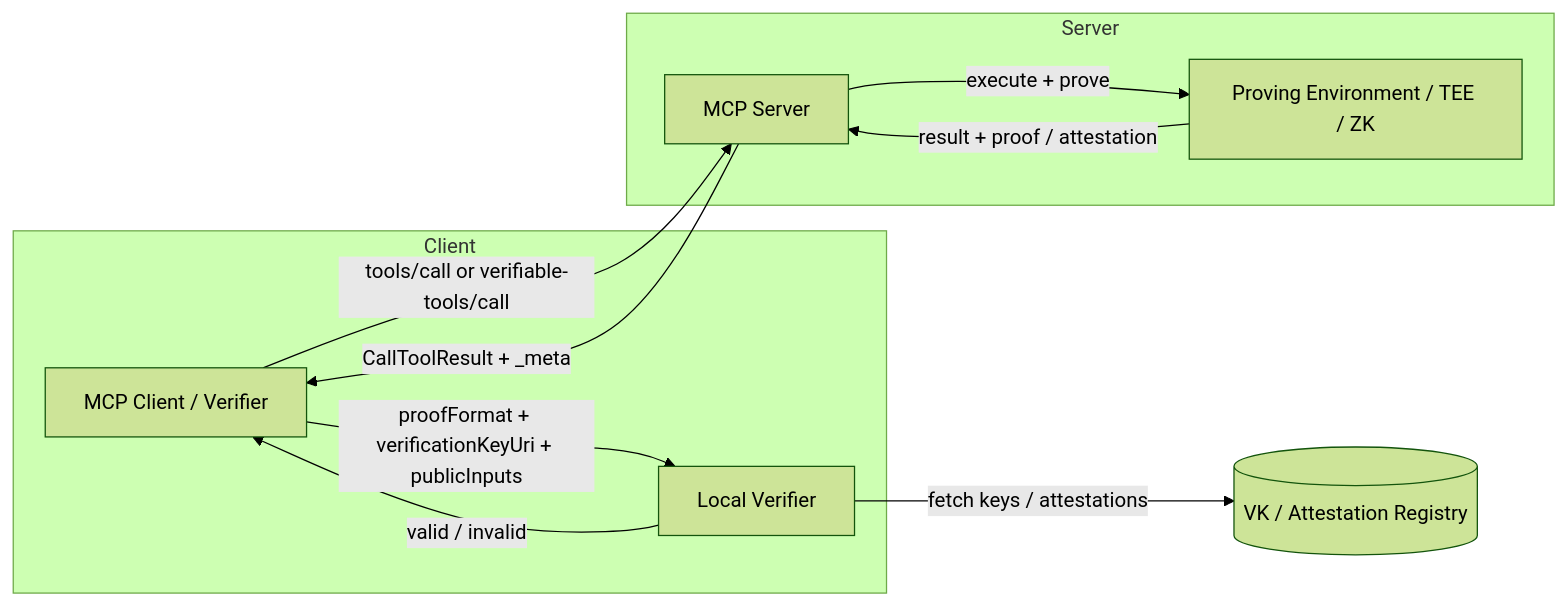
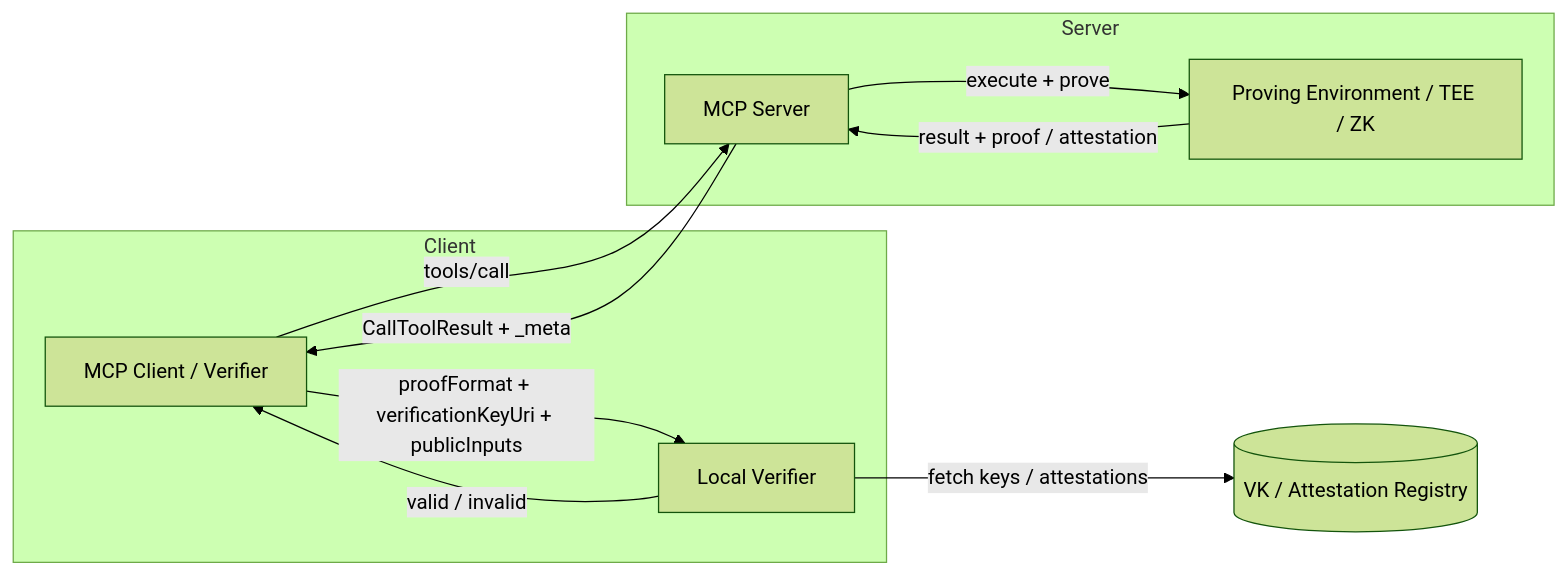
Before and after one commit to ripple-node-lab/mcp-verifiable-tools-demo: the first of 2 diagrams in docs/spec/verifiable-tools.md, drawn with Mermaid (forest theme). The commit also changed other lines of this file and 3 other files, not shown here.

````diff
--- a/docs/spec/verifiable-tools.md
+++ b/docs/spec/verifiable-tools.md
@@ -18,20 +18,20 @@
 ```mermaid
 flowchart LR
     subgraph Client
         C[MCP Client / Verifier]
         V[Local Verifier]
     end
     subgraph Server
         S[MCP Server]
         P[Proving Environment / TEE / ZK]
     end
     R[(VK / Attestation Registry)]
 
-    C -->|tools/call or verifiable-tools/call| S
+    C -->|tools/call| S
     S -->|execute + prove| P
     P -->|result + proof / attestation| S
     S -->|CallToolResult + _meta| C
     C -->|proofFormat + verificationKeyUri + publicInputs| V
     V -->|valid / invalid| C
     V -->|fetch keys / attestations| R
 ```
````
